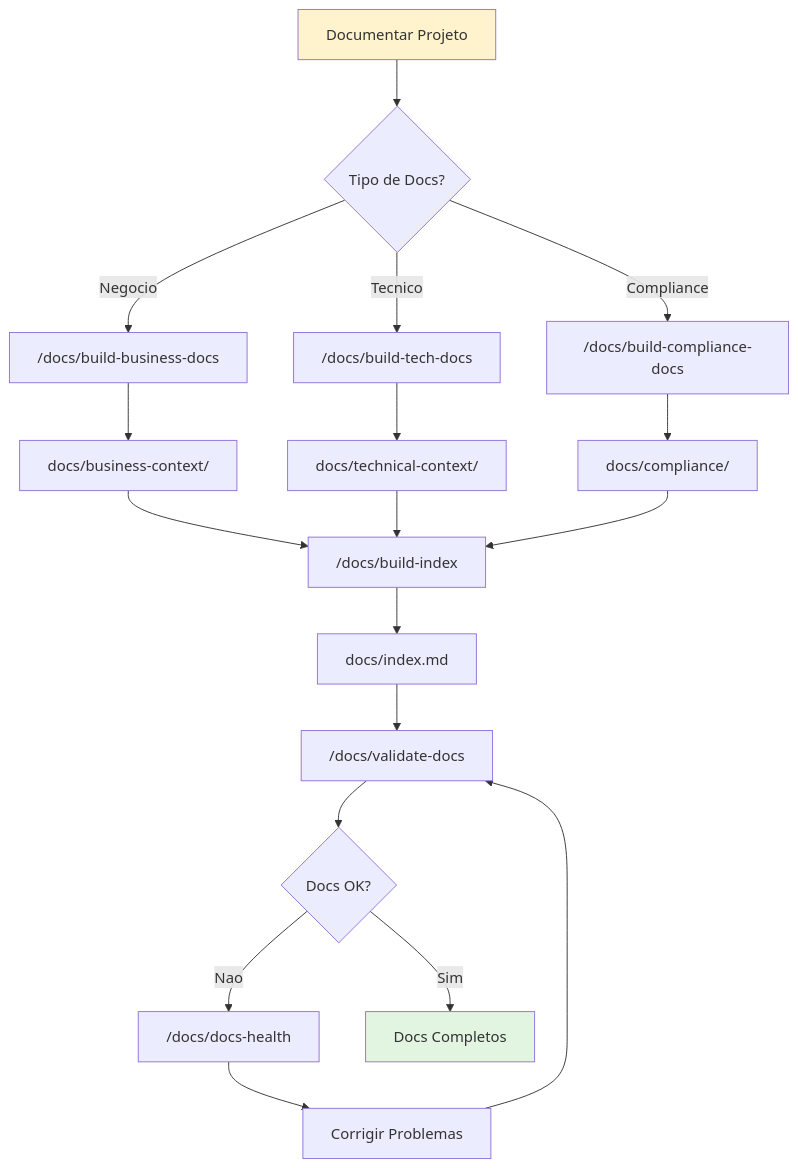
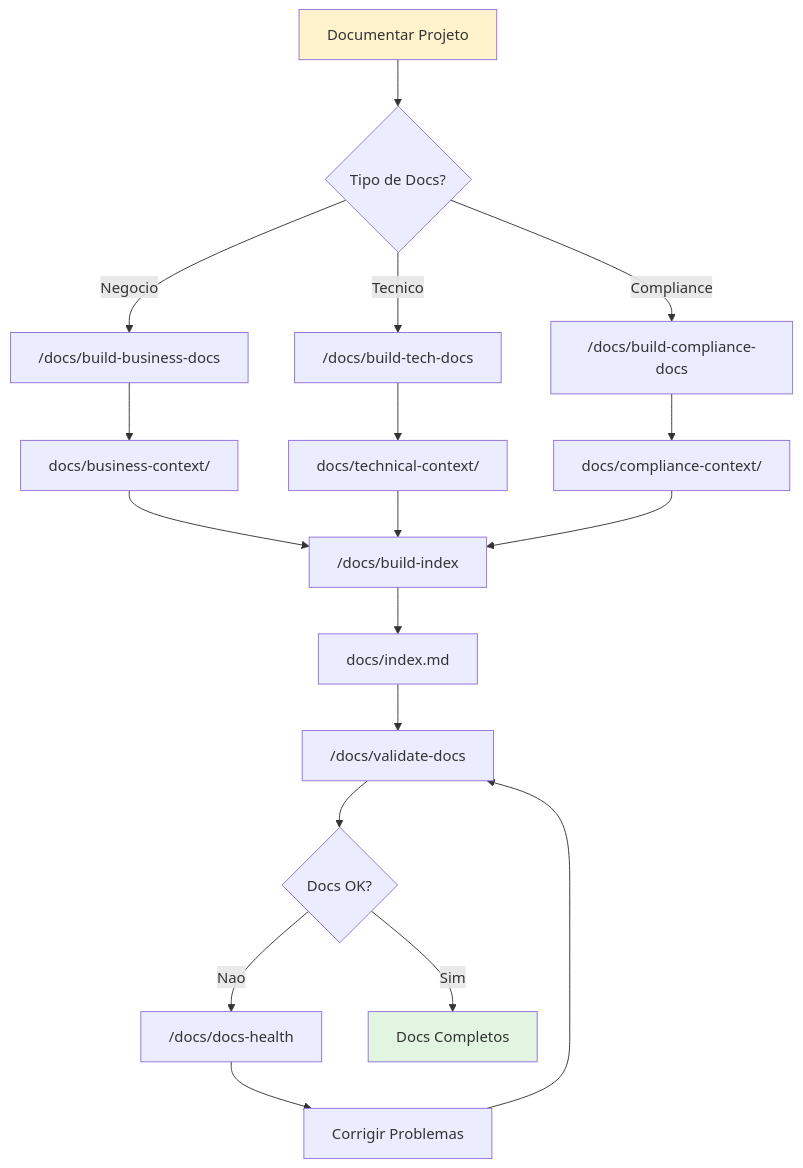
One commit to marciocar/onion-cursor changed the fifth of 9 diagrams in .claude/docs/onion/engineering-flows.md. Above: the diagram before and after it, drawn with Mermaid. The commit also changed 21 other files, not shown here.

````diff
--- a/.claude/docs/onion/engineering-flows.md
+++ b/.claude/docs/onion/engineering-flows.md
@@ -386,28 +386,28 @@
 ```mermaid
 flowchart TD
     A[Documentar Projeto] --> B{Tipo de Docs?}
     
     B -->|Negocio| C["/docs/build-business-docs"]
     B -->|Tecnico| D["/docs/build-tech-docs"]
     B -->|Compliance| E["/docs/build-compliance-docs"]
     
     C --> F["docs/business-context/"]
     D --> G["docs/technical-context/"]
-    E --> H["docs/compliance/"]
+    E --> H["docs/compliance-context/"]
     
     F --> I["/docs/build-index"]
     G --> I
     H --> I
     
     I --> J[docs/index.md]
     J --> K["/docs/validate-docs"]
     
     K --> L{Docs OK?}
     L -->|Nao| M["/docs/docs-health"]
     M --> N[Corrigir Problemas]
     N --> K
     L -->|Sim| O[Docs Completos]
     
     style A fill:#fff3cd
     style O fill:#e1f5e1
 ```
````
